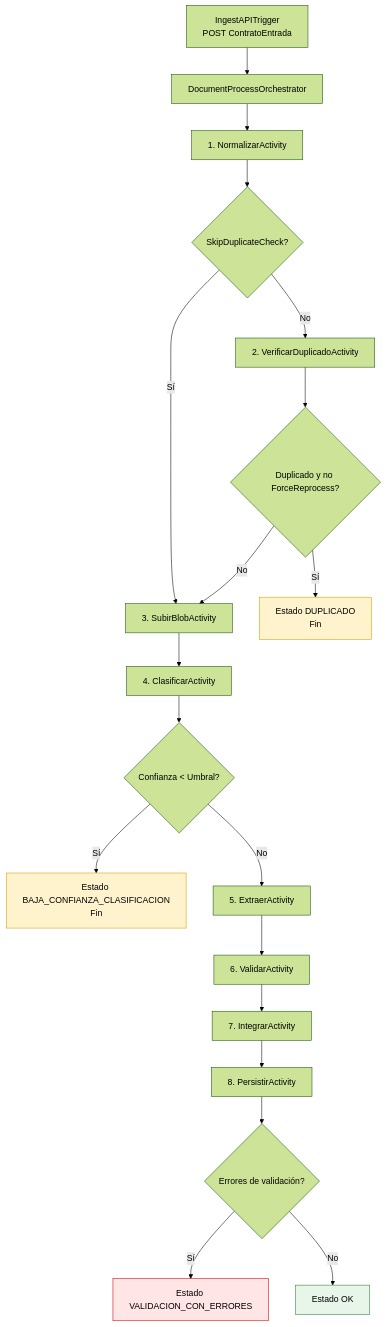
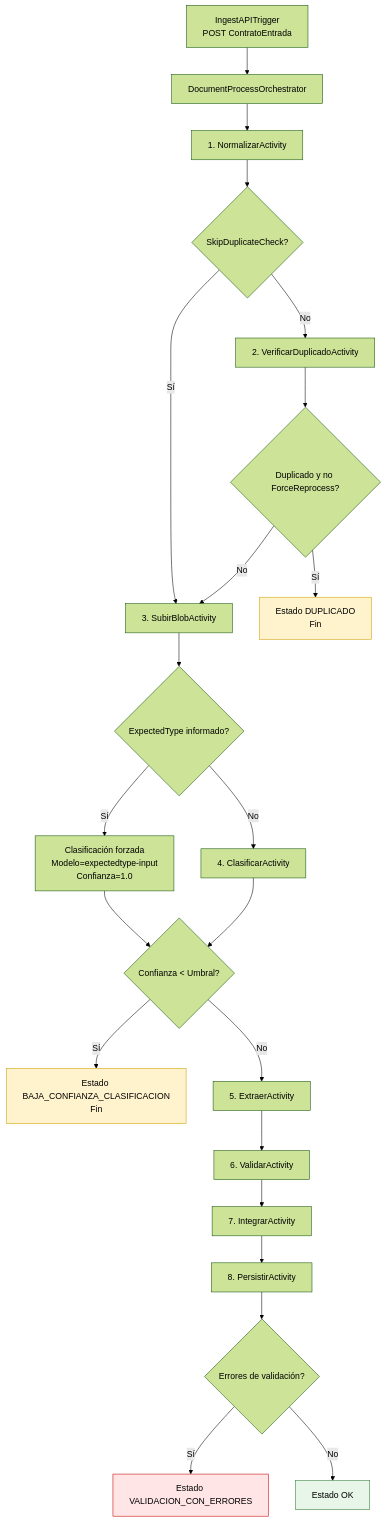
Before and after one commit to nvcrisologo02/AI-DocClassExt: the first of 2 diagrams in docs/manuales/MANUAL_ACTIVITIES_AZURE_FUNCTIONS.md, drawn with Mermaid (forest theme). The commit also changed other lines of this file and 19 other files, not shown here.

````diff
--- a/docs/manuales/MANUAL_ACTIVITIES_AZURE_FUNCTIONS.md
+++ b/docs/manuales/MANUAL_ACTIVITIES_AZURE_FUNCTIONS.md
@@ -39,26 +39,31 @@
 ```mermaid
 flowchart TD
   A[IngestAPITrigger\nPOST ContratoEntrada] --> B[DocumentProcessOrchestrator]
   B --> C[1. NormalizarActivity]
   C --> D{SkipDuplicateCheck?}
   D -- No --> E[2. VerificarDuplicadoActivity]
   D -- Sí --> F[3. SubirBlobActivity]
   E --> G{Duplicado y no ForceReprocess?}
   G -- Sí --> H[Estado DUPLICADO\nFin]
   G -- No --> F
-  F --> I[4. ClasificarActivity]
-  I --> J{Confianza < Umbral?}
+  F --> I{ExpectedType informado?}
+  I -- Sí --> I2[Clasificación forzada
+Modelo=expectedtype-input
+Confianza=1.0]
+  I -- No --> I3[4. ClasificarActivity]
+  I2 --> J{Confianza < Umbral?}
+  I3 --> J{Confianza < Umbral?}
   J -- Sí --> K[Estado BAJA_CONFIANZA_CLASIFICACION\nFin]
   J -- No --> L[5. ExtraerActivity]
   L --> M[6. ValidarActivity]
   M --> N[7. IntegrarActivity]
   N --> O[8. PersistirActivity]
   O --> P{Errores de validación?}
   P -- Sí --> Q[Estado VALIDACION_CON_ERRORES]
   P -- No --> R[Estado OK]
 
   style H fill:#fff3cd,stroke:#d39e00
   style K fill:#fff3cd,stroke:#d39e00
   style Q fill:#ffe5e5,stroke:#cc0000
   style R fill:#e8f5e9,stroke:#2e7d32
 ```
````
